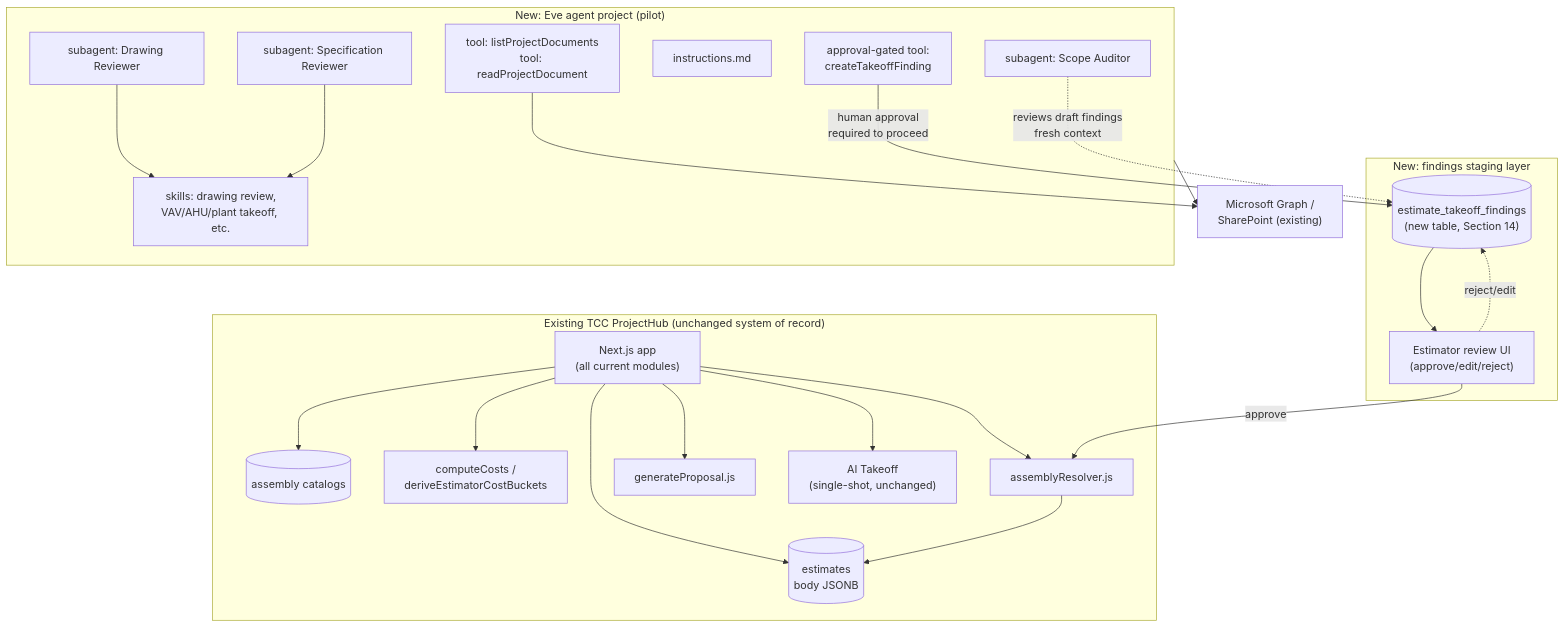
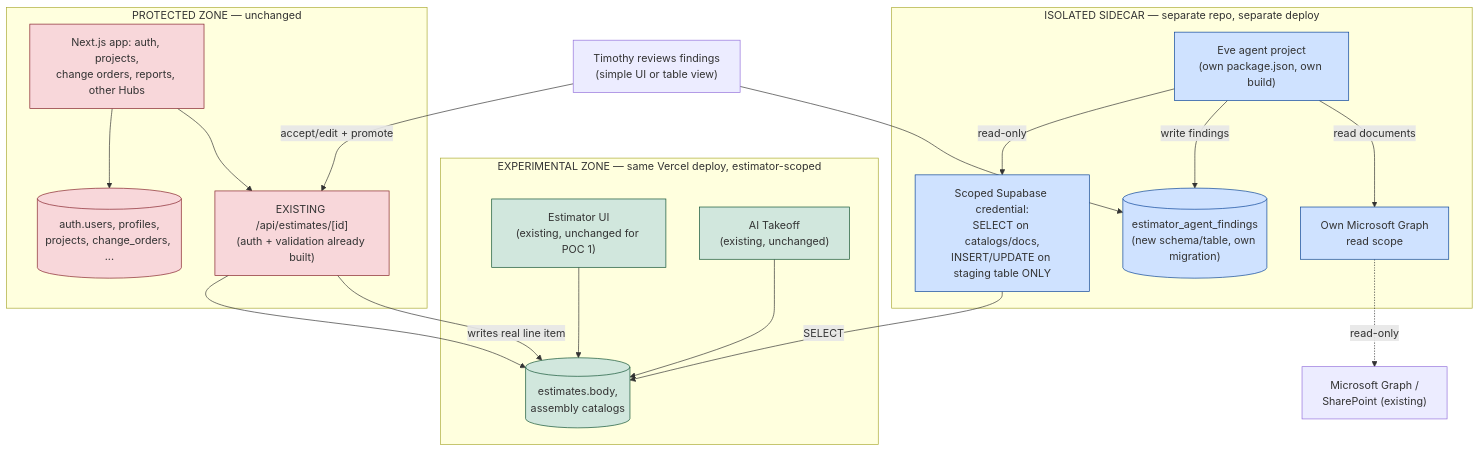
One commit to thecontrolscompany/tcc-projecthub changed the fourth of 5 diagrams in docs/eve-estimating-evaluation.md. Above: the diagram before and after it, drawn with Mermaid. The commit also changed other lines of this file and 1 other file, not shown here.

First line of the commit message:
docs: revise Eve evaluation for single-user, two-zone experiment model

````diff
--- a/docs/eve-estimating-evaluation.md
+++ b/docs/eve-estimating-evaluation.md
@@ -342,47 +346,44 @@
 ```mermaid
 flowchart TB
-    subgraph Existing["Existing TCC ProjectHub (unchanged system of record)"]
-        App["Next.js app\n(all current modules)"]
-        EstDB[("estimates\nbody JSONB")]
-        CatDB[("assembly catalogs")]
-        Calc["computeCosts /\nderiveEstimatorCostBuckets"]
-        Resolver["assemblyResolver.js"]
-        Proposal["generateProposal.js"]
-        AITakeoff["AI Takeoff\n(single-shot, unchanged)"]
+    subgraph Protected["PROTECTED ZONE — unchanged"]
+        App["Next.js app: auth, projects,\nchange orders, reports, other Hubs"]
+        AuthDB[("auth.users, profiles,\nprojects, change_orders, ...")]
+        EstAPI["EXISTING /api/estimates/[id]\n(auth + validation already built)"]
     end
 
-    subgraph NewStaging["New: findings staging layer"]
-        Stage[("estimate_takeoff_findings\n(new table, Section 14)")]
-        ReviewUI["Estimator review UI\n(approve/edit/reject)"]
+    subgraph Estimator["EXPERIMENTAL ZONE — same Vercel deploy, estimator-scoped"]
+        EstUI["Estimator UI\n(existing, unchanged for POC 1)"]
+        EstDB[("estimates.body,\nassembly catalogs")]
+        AITakeoff["AI Takeoff\n(existing, unchanged)"]
     end
 
-    subgraph EveProject["New: Eve agent project (pilot)"]
-        Instr["instructions.md"]
-        DocInv["tool: listProjectDocuments\ntool: readProjectDocument"]
-        Extract["skills: drawing review,\nVAV/AHU/plant takeoff, etc."]
-        Sub1["subagent: Drawing Reviewer"]
-        Sub2["subagent: Specification Reviewer"]
-        Sub3["subagent: Scope Auditor"]
-        Approve["approval-gated tool:\ncreateTakeoffFinding"]
+    subgraph Sidecar["ISOLATED SIDECAR — separate repo, separate deploy"]
+        Eve["Eve agent project\n(own package.json, own build)"]
+        ScopedCred["Scoped Supabase credential:\nSELECT on catalogs/docs,\nINSERT/UPDATE on staging table ONLY"]
+        StageDB[("estimator_agent_findings\n(new schema/table, own migration)")]
+        GraphCred["Own Microsoft Graph\nread scope"]
     end
 
-    Graph["Microsoft Graph /\nSharePoint (existing)"]
+    App --> AuthDB
+    App --> EstAPI
+    EstAPI --> EstDB
+    EstUI --> EstDB
+    AITakeoff --> EstDB
 
-    App --> EstDB
-    App --> CatDB
-    App --> Calc
-    App --> Resolver
-    App --> Proposal
-    App --> AITakeoff
+    Eve -->|read-only| ScopedCred
+    ScopedCred -->|SELECT| EstDB
+    Eve -->|write findings| StageDB
+    Eve -->|read documents| GraphCred
+    GraphCred -.->|read-only| Graph["Microsoft Graph /\nSharePoint (existing)"]
 
-    EveProject --> Graph
-    DocInv --> Graph
-    Sub1 --> Extract
-    Sub2 --> Extract
-    Approve -->|human approval\nrequired to proceed| Stage
-    Sub3 -.->|reviews draft findings\nfresh context| Stage
-    Stage --> ReviewUI
-    ReviewUI -->|approve| Resolver
-    Resolver --> EstDB
-    ReviewUI -.->|reject/edit| Stage
+    Estimator2["Timothy reviews findings\n(simple UI or table view)"] --> StageDB
+    Estimator2 -->|accept/edit + promote| EstAPI
+    EstAPI -->|writes real line item| EstDB
+
+    classDef protected fill:#f8d7da,stroke:#842029
+    classDef experimental fill:#d1e7dd,stroke:#0f5132
+    classDef sidecar fill:#cfe2ff,stroke:#084298
+    class App,AuthDB,EstAPI protected
+    class EstUI,EstDB,AITakeoff experimental
+    class Eve,ScopedCred,StageDB,GraphCred sidecar
 ```
````
